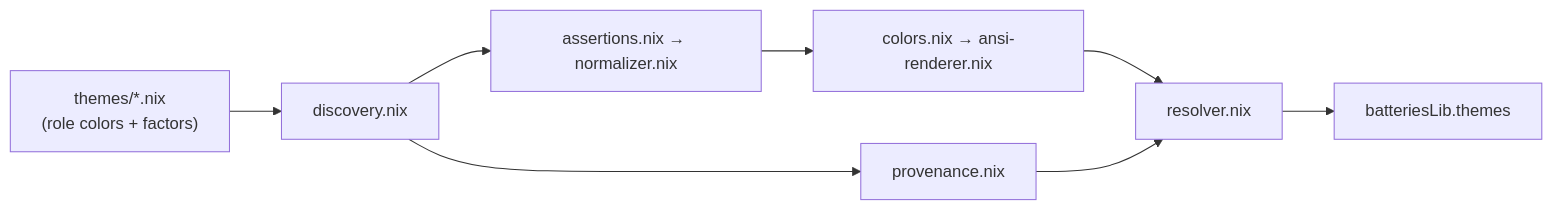
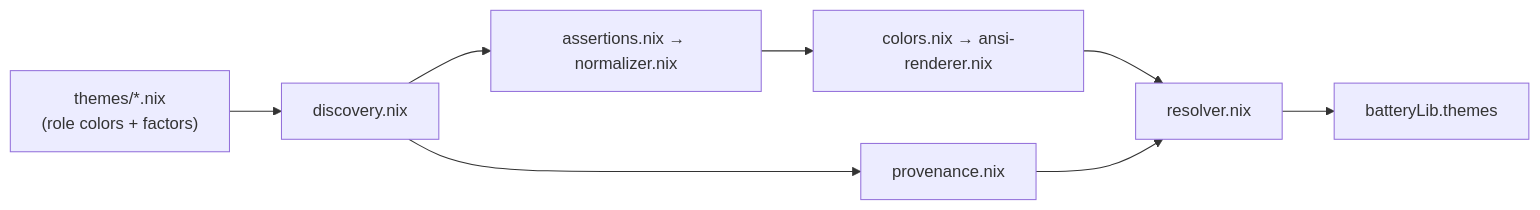
One commit to cig0/nix-batteries changed the diagram in libraries/themes/README.md. Above: the diagram before and after it, drawn with Mermaid. The commit also changed other lines of this file and 30 other files, not shown here.

````diff
--- a/libraries/themes/README.md
+++ b/libraries/themes/README.md
@@ -24,10 +24,10 @@
 ```mermaid
 graph LR
     A["themes/*.nix<br/>(role colors + factors)"] --> B["discovery.nix"]
     B --> C["assertions.nix → normalizer.nix"]
     C --> D["colors.nix → ansi-renderer.nix"]
     B --> E["provenance.nix"]
     D --> F["resolver.nix"]
     E --> F
-    F --> G["batteriesLib.themes"]
+    F --> G["batteryLib.themes"]
 ```
````
